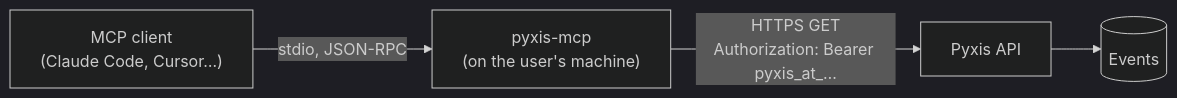
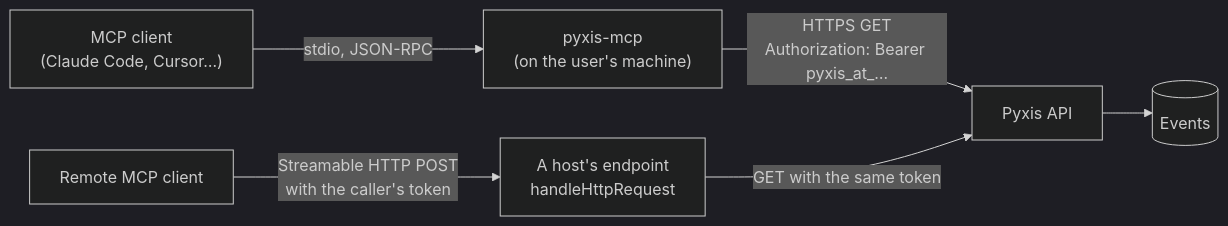
The diagram in README.md (samuelcsantana/pyxis-mcp), drawn with Mermaid (dark theme) before and after one commit. The commit also changed other lines of this file and 1 other file, not shown here.

````diff
--- a/README.md
+++ b/README.md
@@ -116,6 +160,8 @@
 ```mermaid
 flowchart LR
   Agent["MCP client<br>(Claude Code, Cursor…)"] -- "stdio, JSON-RPC" --> Server["pyxis-mcp<br>(on the user's machine)"]
   Server -- "HTTPS GET<br>Authorization: Bearer pyxis_at_…" --> API["Pyxis API"]
+  Remote["Remote MCP client"] -- "Streamable HTTP POST<br>with the caller's token" --> Host["A host's endpoint<br>handleHttpRequest"]
+  Host -- "GET with the same token" --> API
   API --> DB[("Events")]
 ```
````
